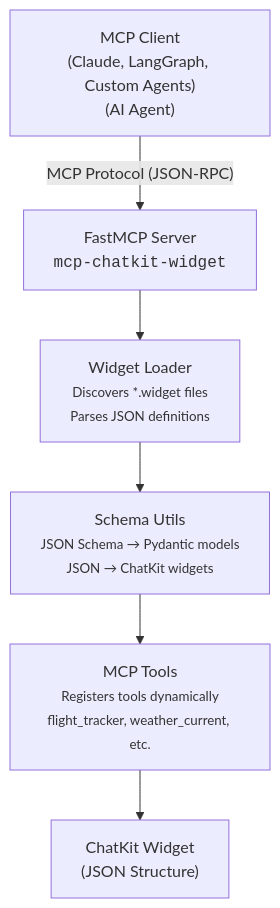
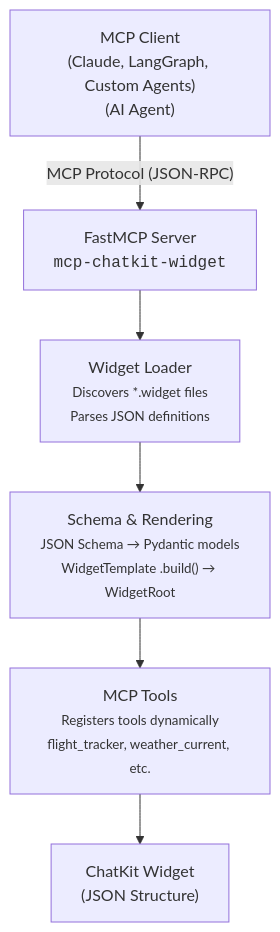
The diagram in README.md (ShaojieJiang/mcp-chatkit-widget), drawn with Mermaid before and after one commit. The commit also changed other lines of this file and 48 other files, not shown here.

````diff
--- a/README.md
+++ b/README.md
@@ -196,12 +227,12 @@
 ```mermaid
 flowchart TD
     A["MCP Client<br/>(Claude, LangGraph, Custom Agents)<br/>(AI Agent)"]
     B["FastMCP Server<br/><code>mcp-chatkit-widget</code>"]
     B1["Widget Loader<br/><small>Discovers *.widget files<br/>Parses JSON definitions</small>"]
-    B2["Schema Utils<br/><small>JSON Schema → Pydantic models<br/>JSON → ChatKit widgets</small>"]
+    B2["Schema & Rendering<br/><small>JSON Schema → Pydantic models<br/>WidgetTemplate .build() → WidgetRoot</small>"]
     B3["MCP Tools<br/><small>Registers tools dynamically<br/>flight_tracker, weather_current, etc.</small>"]
     C["ChatKit Widget<br/>(JSON Structure)"]
 
     A -->|"MCP Protocol (JSON-RPC)"| B
     B --> B1 --> B2 --> B3 --> C
 ```
````
